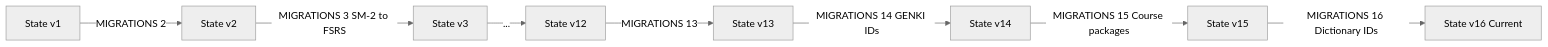
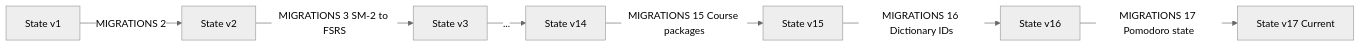
One commit to mootxed/Kitsune-GENKI changed the diagram in docs/data/migrations.md. Above: the diagram before and after it, drawn with Mermaid (neutral theme). The commit also changed other lines of this file and 778 other files, not shown here.

````diff
--- a/docs/data/migrations.md
+++ b/docs/data/migrations.md
@@ -14,10 +14,9 @@
 ```mermaid
 graph LR
     V1[State v1] -->|MIGRATIONS 2| V2[State v2]
     V2 -->|MIGRATIONS 3 SM-2 to FSRS| V3[State v3]
-    V3 -->|...| V12[State v12]
-    V12 -->|MIGRATIONS 13| V13[State v13]
-    V13 -->|MIGRATIONS 14 GENKI IDs| V14[State v14]
+    V3 -->|...| V14[State v14]
     V14 -->|MIGRATIONS 15 Course packages| V15[State v15]
-    V15 -->|MIGRATIONS 16 Dictionary IDs| V16[State v16 Current]
+    V15 -->|MIGRATIONS 16 Dictionary IDs| V16[State v16]
+    V16 -->|MIGRATIONS 17 Pomodoro state| V17[State v17 Current]
 ```
````
